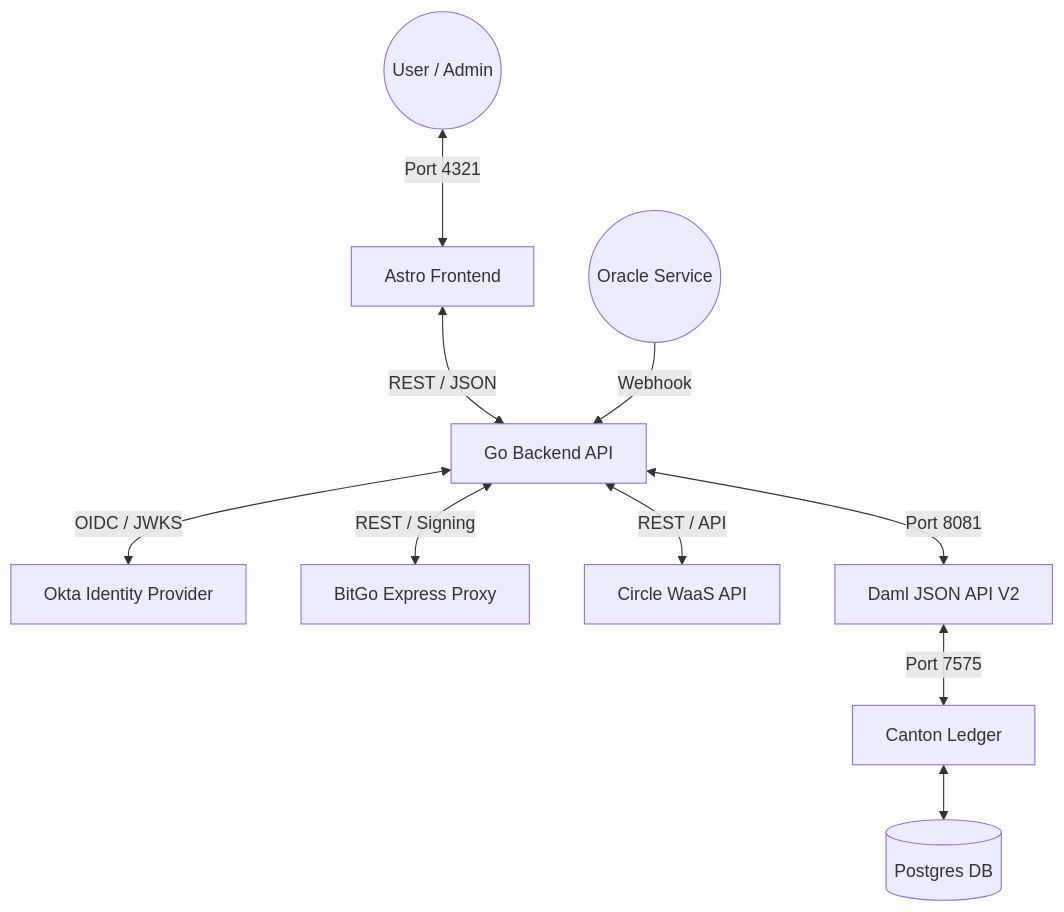
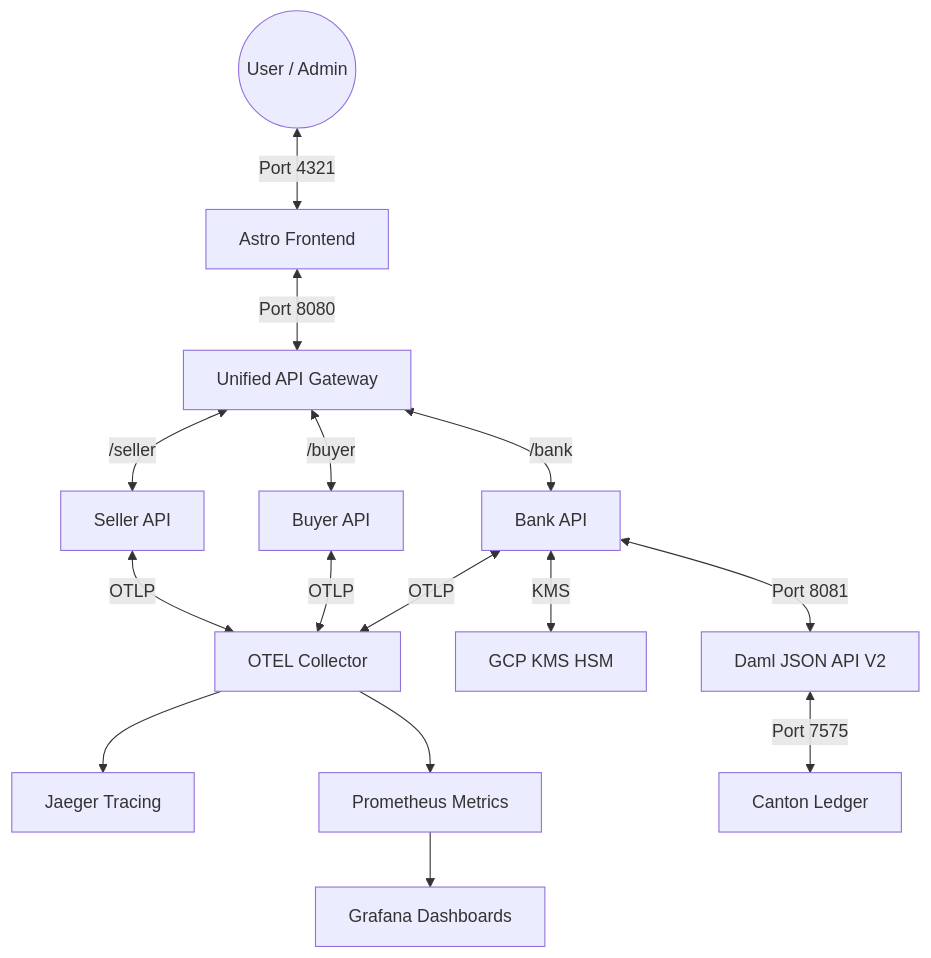
Before and after one commit to dhushon/daml-escrow: the first of 2 diagrams in README.md, drawn with Mermaid. The commit also changed other lines of this file and 2 other files, not shown here.

Commit message:
docs: authoritatively synchronize strategic roadmap and system stack
- Mark Phase 13, Task 8.2, Task 7.3, and Task 7.2 as COMPLETE in PLAN.md.
- Update README system diagrams to include Unified Gateway and OTEL stack.
- Synchronize Makefile with high-assurance observability targets.
- Verify 100% full-stack pass rate and signed commit compliance.

````diff
--- a/README.md
+++ b/README.md
@@ -15,12 +15,20 @@
 ```mermaid
 graph TD
     User((User / Admin)) <-->|Port 4321| Astro[Astro Frontend]
-    Astro <-->|REST / JSON| Go[Go Backend API]
-    Go <-->|OIDC / JWKS| Okta[Okta Identity Provider]
-    Go <-->|REST / Signing| BG[BitGo Express Proxy]
-    Go <-->|REST / API| CR[Circle WaaS API]
-    Go <-->|Port 8081| JSON[Daml JSON API V2]
+    Astro <-->|Port 8080| Gateway[Unified API Gateway]
+    Gateway <-->|/bank| BankAPI[Bank API]
+    Gateway <-->|/buyer| BuyerAPI[Buyer API]
+    Gateway <-->|/seller| SellerAPI[Seller API]
+    
+    BankAPI <-->|OTLP| OTEL[OTEL Collector]
+    BuyerAPI <-->|OTLP| OTEL
+    SellerAPI <-->|OTLP| OTEL
+    
+    OTEL --> Jaeger[Jaeger Tracing]
+    OTEL --> Prometheus[Prometheus Metrics]
+    Prometheus --> Grafana[Grafana Dashboards]
+
+    BankAPI <-->|KMS| KMS[GCP KMS HSM]
+    BankAPI <-->|Port 8081| JSON[Daml JSON API V2]
     JSON <-->|Port 7575| Canton[Canton Ledger]
-    Canton <--> DB[(Postgres DB)]
-    Oracle((Oracle Service)) -->|Webhook| Go
 ```
````
